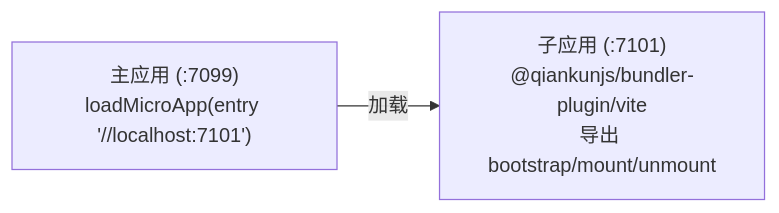
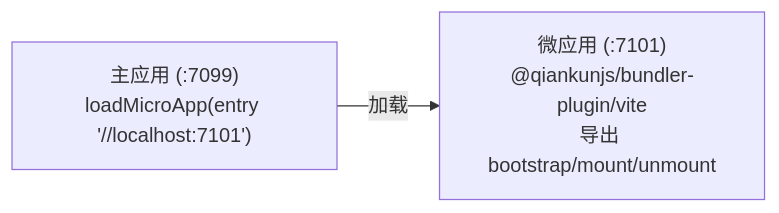
The second of 2 diagrams in docs/zh-CN/ecosystem/create-qiankun.md (umijs/qiankun), drawn with Mermaid before and after one commit. The commit also changed other lines of this file and 63 other files, not shown here.

````diff
--- a/docs/zh-CN/ecosystem/create-qiankun.md
+++ b/docs/zh-CN/ecosystem/create-qiankun.md
@@ -424,4 +424,4 @@
 ```mermaid
 flowchart LR
-  M["主应用 (:7099)<br/>loadMicroApp(entry '//localhost:7101')"] -->|加载| S["子应用 (:7101)<br/>@qiankunjs/bundler-plugin/vite<br/>导出 bootstrap/mount/unmount"]
+  M["主应用 (:7099)<br/>loadMicroApp(entry '//localhost:7101')"] -->|加载| S["微应用 (:7101)<br/>@qiankunjs/bundler-plugin/vite<br/>导出 bootstrap/mount/unmount"]
 ```
````
